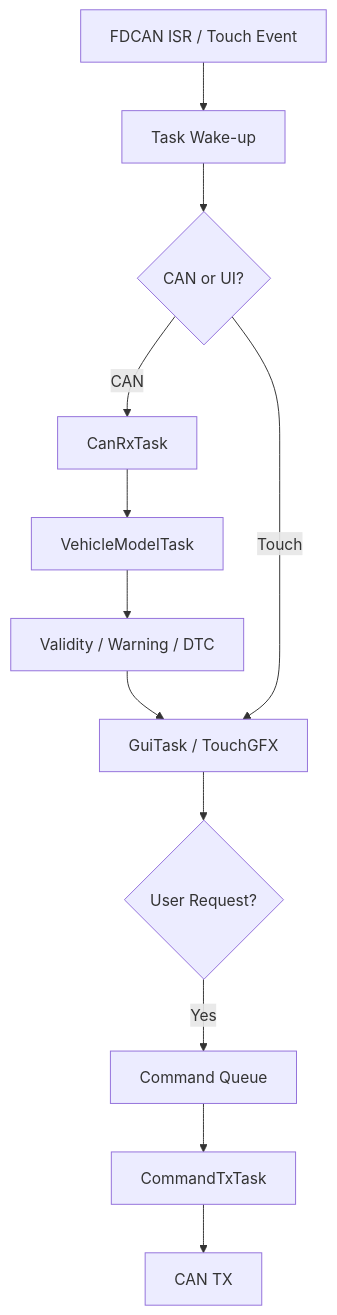
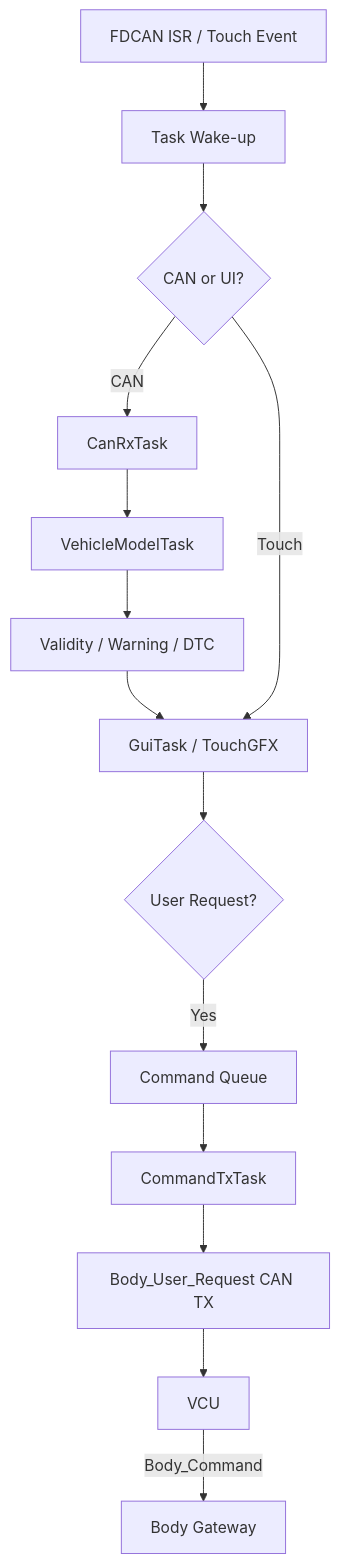
The diagram in docs/ecus/IVI/SPECIFICATION.md (sunmaan22/SDV_MCU_Project), drawn with Mermaid before and after one commit. The commit also changed other lines of this file, not shown here.

Commit message:
docs(ivi): align lighting request routing with final implementation contract

````diff
--- a/docs/ecus/IVI/SPECIFICATION.md
+++ b/docs/ecus/IVI/SPECIFICATION.md
@@ -101,14 +104,16 @@
 ```mermaid
 flowchart TD
     A[FDCAN ISR / Touch Event] --> B[Task Wake-up]
     B --> C{CAN or UI?}
     C -->|CAN| D[CanRxTask]
     D --> E[VehicleModelTask]
     E --> F[Validity / Warning / DTC]
     F --> G[GuiTask / TouchGFX]
     C -->|Touch| G
     G --> H{User Request?}
     H -->|Yes| I[Command Queue]
     I --> J[CommandTxTask]
-    J --> K[CAN TX]
+    J --> K[Body_User_Request CAN TX]
+    K --> L[VCU]
+    L -->|Body_Command| M[Body Gateway]
 ```
````
